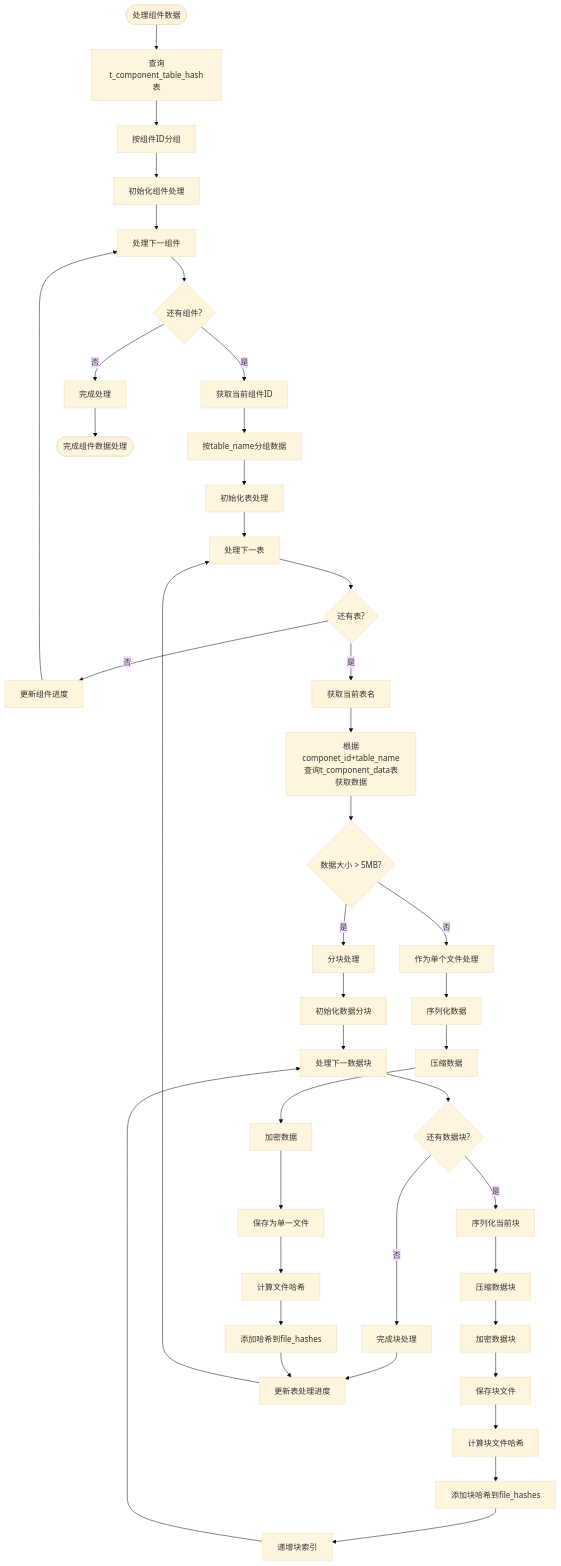
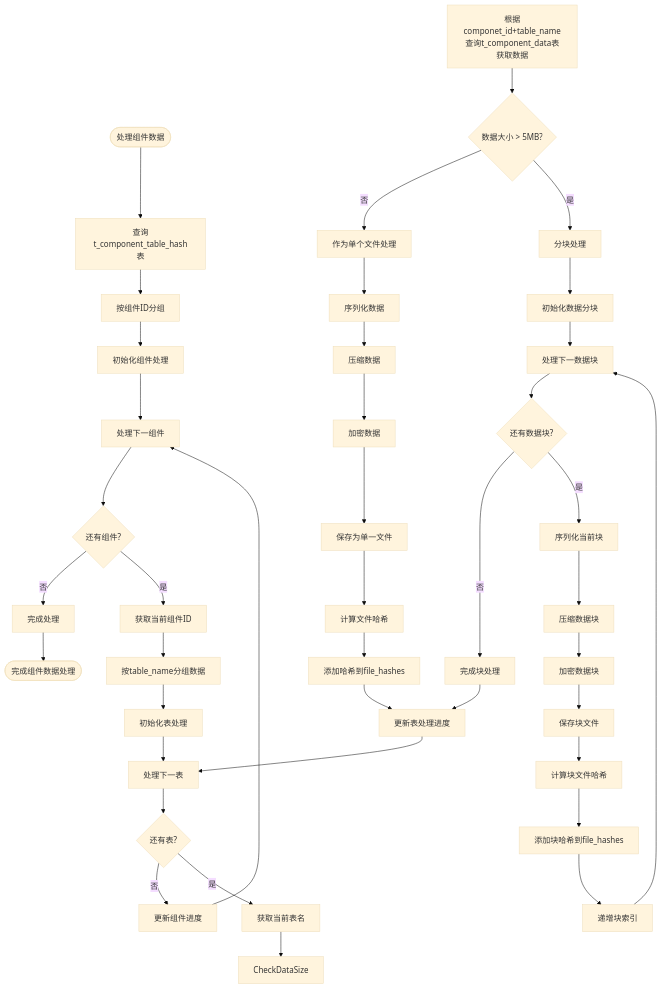
Before and after one commit to yingjianzh/iodraw-files: the diagram in all/未命名-56.md, drawn with Mermaid (base theme).

Commit message:
2025-05-12 14:25:55 update

````diff
--- a/all/未命名-56.md
+++ b/all/未命名-56.md
@@ -1,58 +1,58 @@
 ```mermaid
 
 flowchart TD
     Start([处理组件数据]) --> QueryDB[查询t_component_table_hash表]
     QueryDB --> GroupByComp[按组件ID分组]
     GroupByComp --> InitCompProcess[初始化组件处理]
     
     InitCompProcess --> ProcessNextComp[处理下一组件]
     ProcessNextComp --> MoreComps{还有组件?}
     MoreComps -->|否| CompleteProcess[完成处理]
     MoreComps -->|是| GetCompID[获取当前组件ID]
     
     GetCompID --> GroupByTable[按table_name分组数据]
     GroupByTable --> InitTableProcess[初始化表处理]
     
     InitTableProcess --> ProcessNextTable[处理下一表]
     ProcessNextTable --> MoreTables{还有表?}
     MoreTables -->|否| UpdateCompProgress[更新组件进度]
     MoreTables -->|是| GetTableName[获取当前表名]
     
     UpdateCompProgress --> ProcessNextComp
     
-    GetTableName --> 
+    GetTableName --> CheckDataSize
     QueryTableData[根据componet_id+table_name查询t_component_data表获取数据]
     QueryTableData --> DataSize{数据大小 > 5MB?}
     
     DataSize -->|否| ProcessSingleFile[作为单个文件处理]
     DataSize -->|是| ProcessMultipleChunks[分块处理]
     
     ProcessSingleFile --> SerializeData[序列化数据]
     SerializeData --> CompressData[压缩数据]
     CompressData --> EncryptData[加密数据]
     EncryptData --> SaveSingleFile[保存为单一文件]
     SaveSingleFile --> CalcFileHash[计算文件哈希]
     CalcFileHash --> AddToFileHashes[添加哈希到file_hashes]
 
     ProcessMultipleChunks --> InitChunks[初始化数据分块]
     InitChunks --> ProcessNextChunk[处理下一数据块]
     
     ProcessNextChunk --> MoreChunks{还有数据块?}
     MoreChunks -->|否| CompleteChunks[完成块处理]
     MoreChunks -->|是| SerializeChunk[序列化当前块]
     
     SerializeChunk --> CompressChunk[压缩数据块]
     CompressChunk --> EncryptChunk[加密数据块]
     EncryptChunk --> SaveChunkFile[保存块文件]
     SaveChunkFile --> CalcChunkHash[计算块文件哈希]
     CalcChunkHash --> AddChunkHash[添加块哈希到file_hashes]
     AddChunkHash --> IncrementChunkIndex[递增块索引]
     IncrementChunkIndex --> ProcessNextChunk
     
     CompleteChunks --> UpdateTableProgress[更新表处理进度]
     AddToFileHashes --> UpdateTableProgress
     UpdateTableProgress --> ProcessNextTable
     
     CompleteProcess --> End([完成组件数据处理])
 
 ```
````
